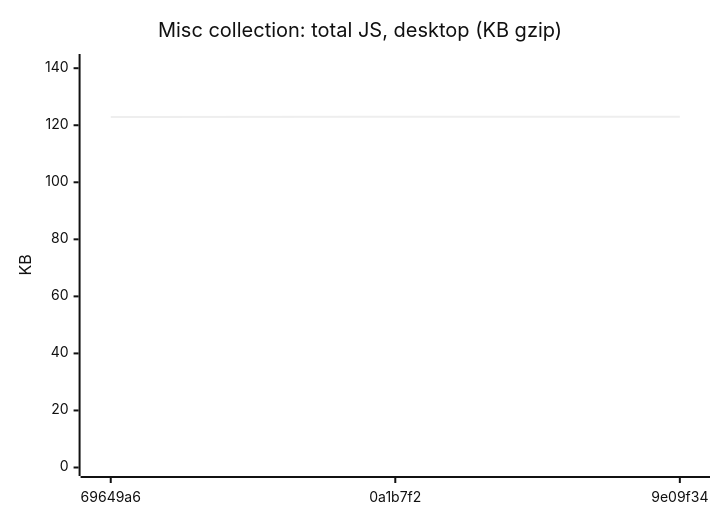
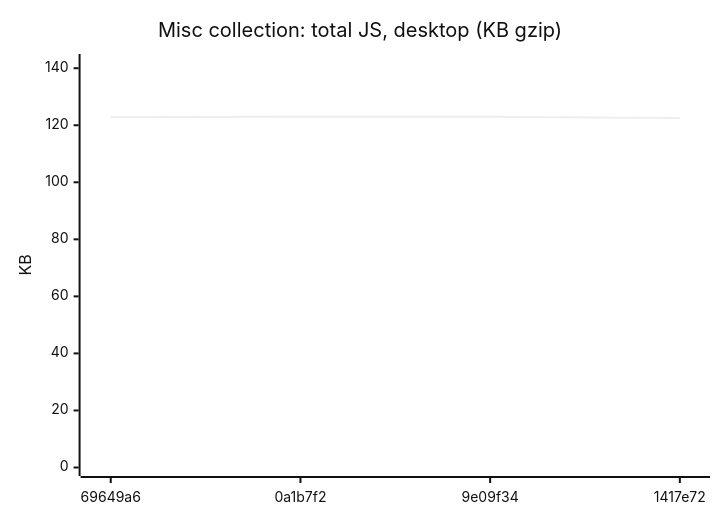
One commit to AxelUser/maltsev.space changed the ninth of 18 diagrams in README.md. Above: the diagram before and after it, drawn with Mermaid (neutral theme). The commit also changed other lines of this file and 1 other file, not shown here.

````diff
--- a/README.md
+++ b/README.md
@@ -107,7 +107,7 @@
 ```mermaid
 xychart-beta
   title "Misc collection: total JS, desktop (KB gzip)"
-  x-axis ["69649a6", "0a1b7f2", "9e09f34"]
+  x-axis ["69649a6", "0a1b7f2", "9e09f34", "1417e72"]
   y-axis "KB" 0 --> 142
-  line [122.9, 123, 123]
+  line [122.9, 123, 123, 122.5]
 ```
````
